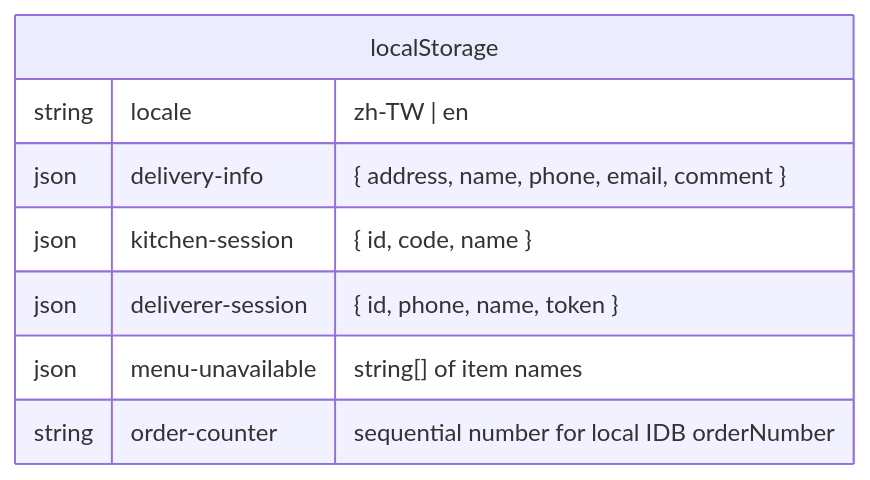
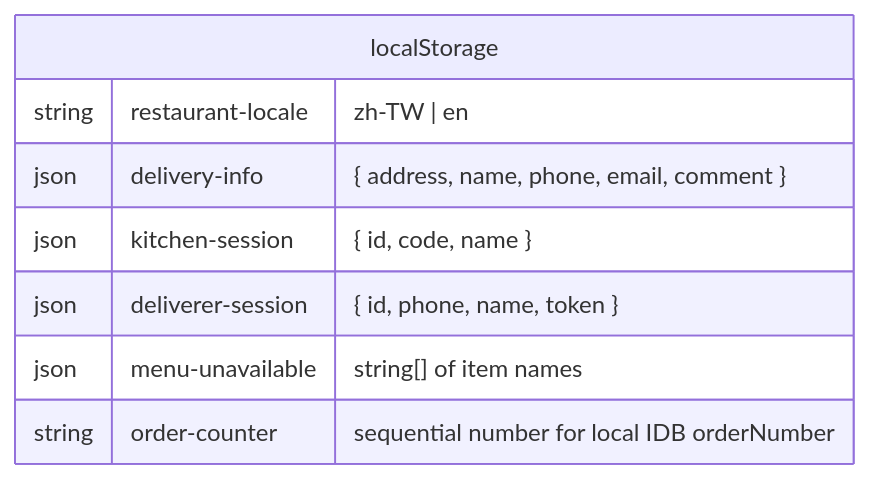
The third of 4 diagrams in frontend/pages/restaurant/ERD.md (HKPooPoo/My_CLI_Re), drawn with Mermaid before and after one commit. The commit also changed other lines of this file, not shown here.

First line of the commit message:
Fix ERD: verified against actual DB, IndexedDB, localStorage

````diff
--- a/frontend/pages/restaurant/ERD.md
+++ b/frontend/pages/restaurant/ERD.md
@@ -152,11 +153,11 @@
 ```mermaid
 erDiagram
     localStorage {
-        string locale "zh-TW | en"
+        string restaurant-locale "zh-TW | en"
         json delivery-info "{ address, name, phone, email, comment }"
         json kitchen-session "{ id, code, name }"
         json deliverer-session "{ id, phone, name, token }"
         json menu-unavailable "string[] of item names"
         string order-counter "sequential number for local IDB orderNumber"
     }
 ```
````
